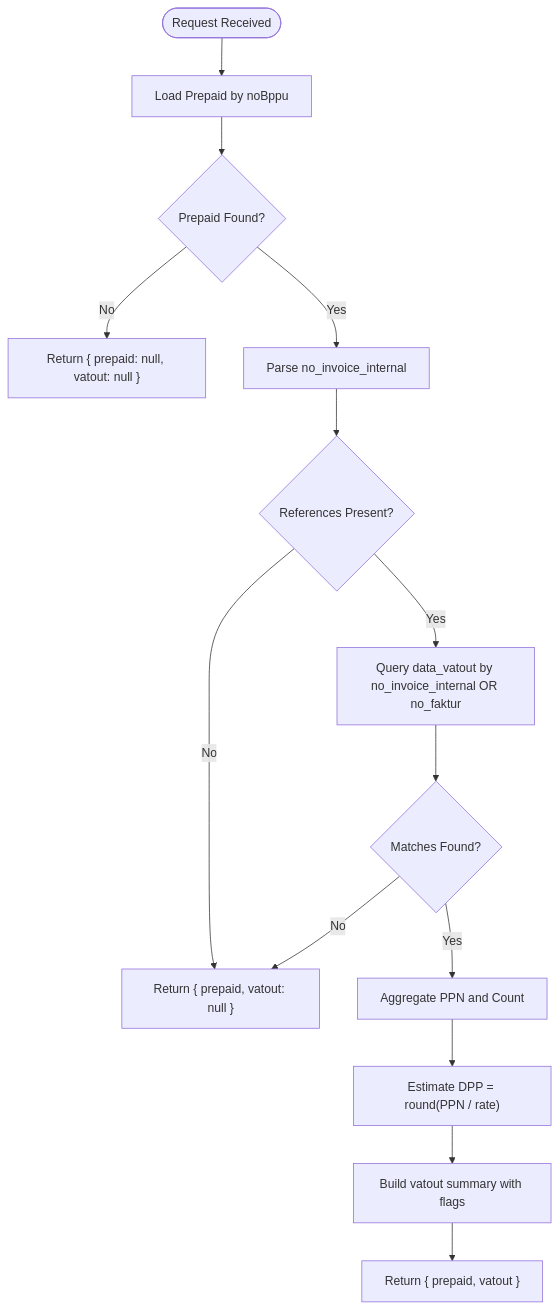
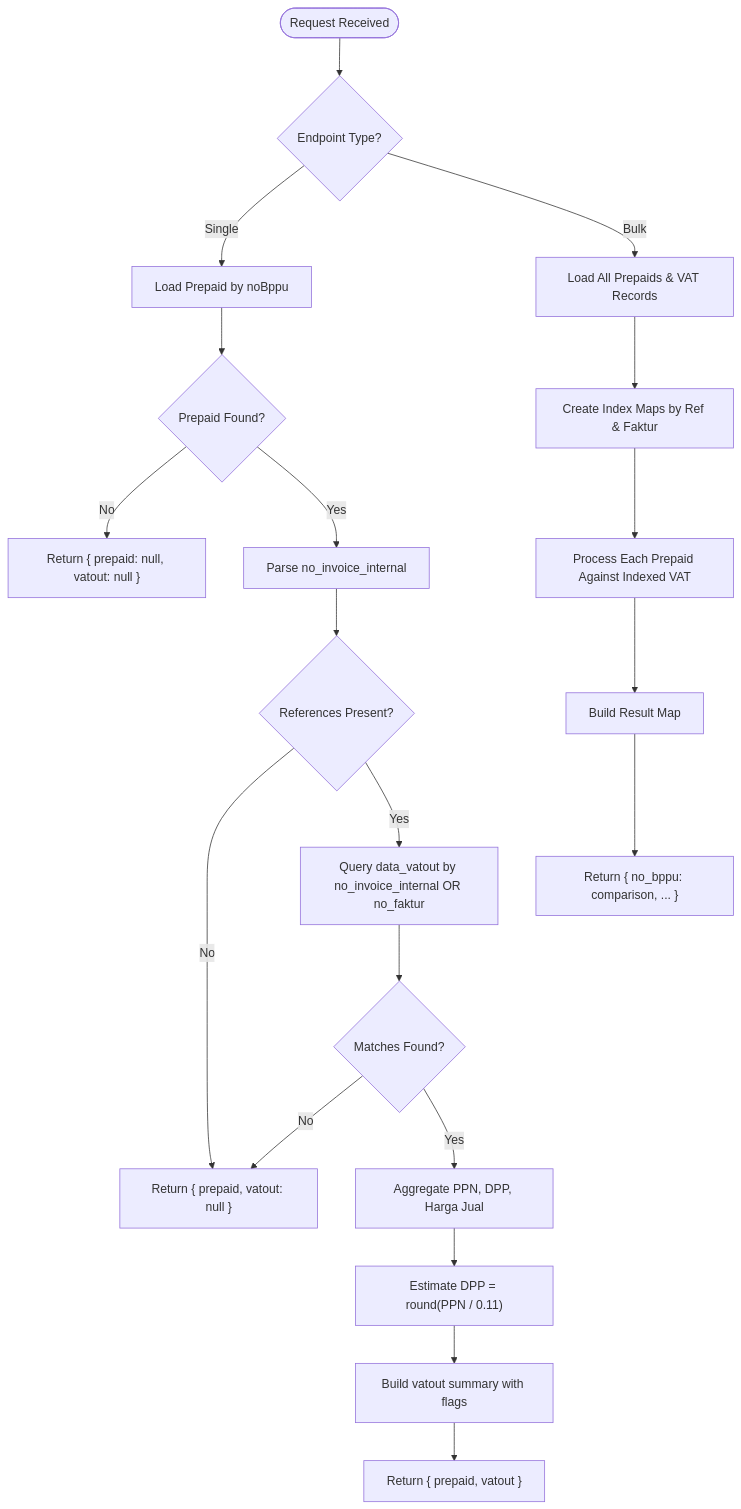
Before and after one commit to rendisiagian/TDS_by_RENDISIAGIAN: the third of 5 diagrams in .qoder/repowiki/en/content/API Reference/REST API Endpoints/Specialized Comparison APIs.md, drawn with Mermaid. The commit also changed other lines of this file and 91 other files, not shown here.

````diff
--- a/.qoder/repowiki/en/content/API Reference/REST API Endpoints/Specialized Comparison APIs.md
+++ b/.qoder/repowiki/en/content/API Reference/REST API Endpoints/Specialized Comparison APIs.md
@@ -123,16 +185,22 @@
 ```mermaid
 flowchart TD
-Start(["Request Received"]) --> LoadPrepaid["Load Prepaid by noBppu"]
-LoadPrepaid --> Found{"Prepaid Found?"}
+Start(["Request Received"]) --> Type{"Endpoint Type?"}
+Type --> |Single| LoadSingle["Load Prepaid by noBppu"]
+Type --> |Bulk| LoadAll["Load All Prepaids & VAT Records"]
+LoadSingle --> Found{"Prepaid Found?"}
 Found --> |No| ReturnNull["Return { prepaid: null, vatout: null }"]
 Found --> |Yes| ParseRefs["Parse no_invoice_internal"]
 ParseRefs --> HasRefs{"References Present?"}
 HasRefs --> |No| ReturnPrepaidOnly["Return { prepaid, vatout: null }"]
 HasRefs --> |Yes| QueryVAT["Query data_vatout by no_invoice_internal OR no_faktur"]
 QueryVAT --> MatchFound{"Matches Found?"}
 MatchFound --> |No| ReturnPrepaidOnly
-MatchFound --> |Yes| Aggregate["Aggregate PPN and Count"]
-Aggregate --> EstimateDPP["Estimate DPP = round(PPN / rate)"]
+MatchFound --> |Yes| Aggregate["Aggregate PPN, DPP, Harga Jual"]
+Aggregate --> EstimateDPP["Estimate DPP = round(PPN / 0.11)"]
 EstimateDPP --> BuildResp["Build vatout summary with flags"]
 BuildResp --> ReturnAggregated["Return { prepaid, vatout }"]
+LoadAll --> IndexVAT["Create Index Maps by Ref & Faktur"]
+IndexVAT --> ProcessEach["Process Each Prepaid Against Indexed VAT"]
+ProcessEach --> BuildMap["Build Result Map"]
+BuildMap --> ReturnBulk["Return { no_bppu: comparison, ... }"]
 ```
````
